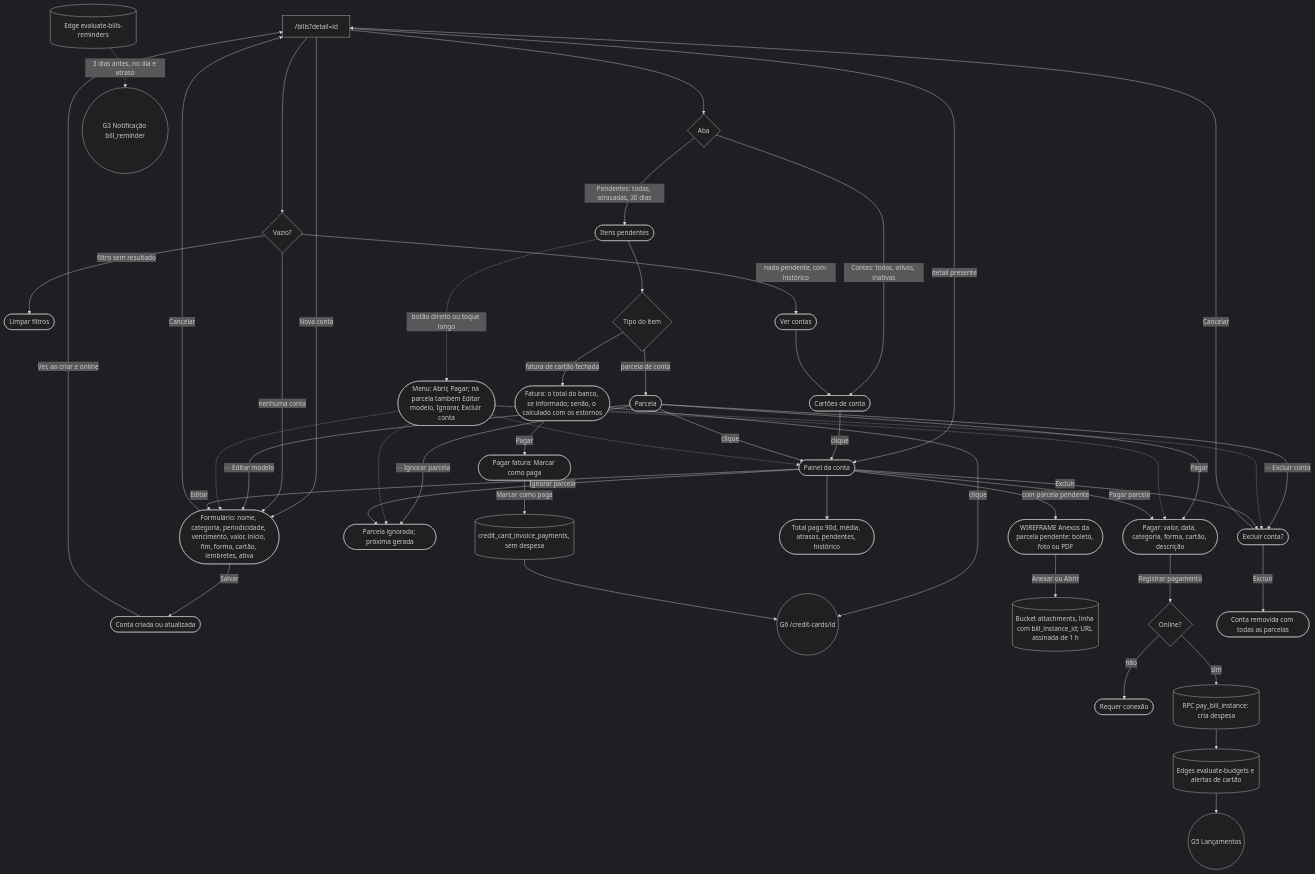
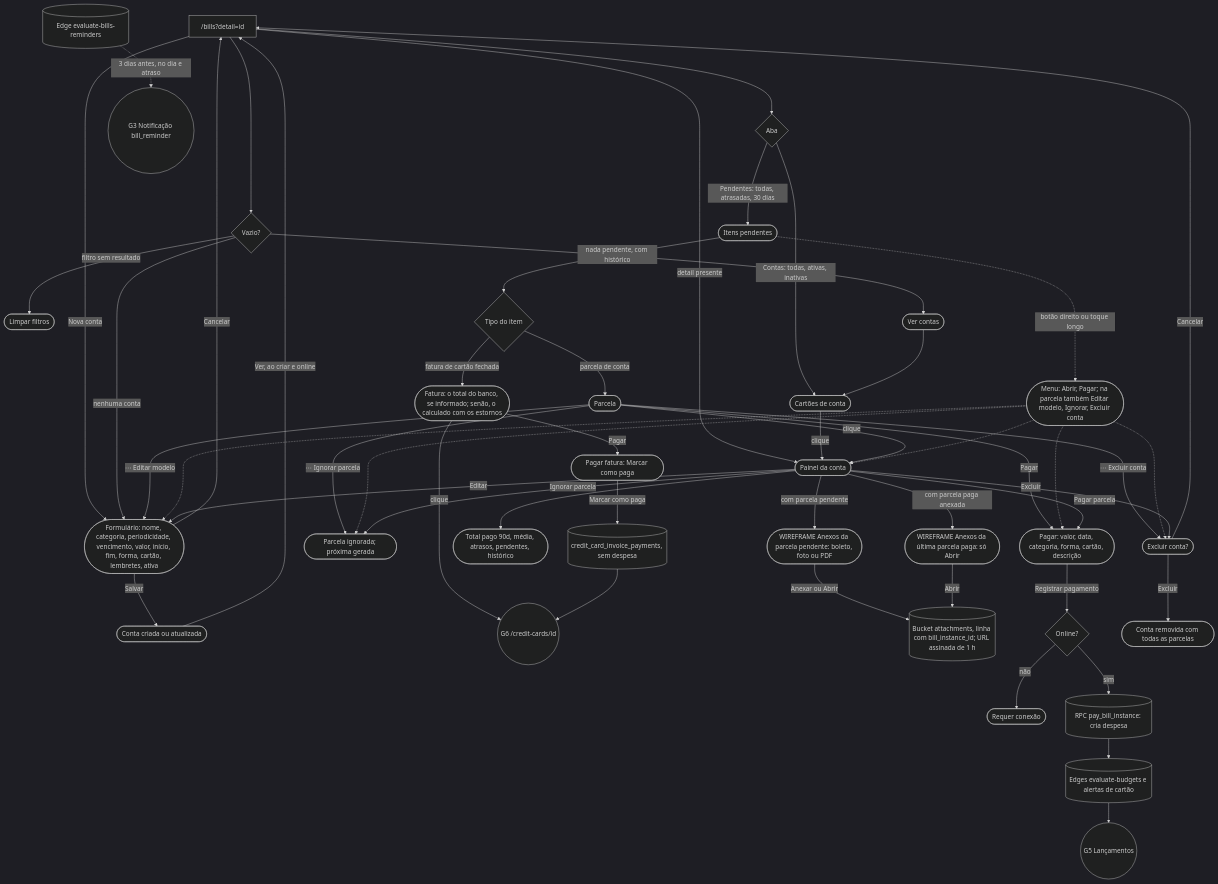
Before and after one commit to kauax2000/finance_app: diagram 11 of 14 in docs/JORNADAS.md, drawn with Mermaid. The commit also changed other lines of this file and 4 other files, not shown here.

````diff
--- a/docs/JORNADAS.md
+++ b/docs/JORNADAS.md
@@ -685,55 +685,57 @@
 ```mermaid
 %%{init: {"theme": "dark"}}%%
 flowchart TD
     bills["/bills?detail=id"] -->|"detail presente"| sheet(["Painel da conta"])
     bills --> tabs{"Aba"}
     tabs -->|"Contas: todas, ativas, inativas"| summary(["Cartões de conta"])
     tabs -->|"Pendentes: todas, atrasadas, 30 dias"| pending(["Itens pendentes"])
     bills -->|"Nova conta"| form(["Formulário: nome, categoria, periodicidade, vencimento, valor, início, fim, forma, cartão, lembretes, ativa"])
     form -->|"Salvar"| saved(["Conta criada ou atualizada"])
     saved -->|"Ver, ao criar e online"| bills
     form -->|"Cancelar"| bills
 
     bills --> empty{"Vazio?"}
     empty -->|"nenhuma conta"| form
     empty -->|"filtro sem resultado"| clear(["Limpar filtros"])
     empty -->|"nada pendente, com histórico"| goContas(["Ver contas"]) --> summary
 
     summary -->|"clique"| sheet
     pending --> kind{"Tipo do item"}
     kind -->|"parcela de conta"| regular(["Parcela"])
     kind -->|"fatura de cartão fechada"| virtual(["Fatura: o total do banco, se informado; senão, o calculado com os estornos"])
 
     regular -->|"clique"| sheet
     regular -->|"Pagar"| payRegular(["Pagar: valor, data, categoria, forma, cartão, descrição"])
     regular -->|"⋯ Editar modelo"| form
     regular -->|"⋯ Ignorar parcela"| skip(["Parcela ignorada; próxima gerada"])
     regular -->|"⋯ Excluir conta"| del(["Excluir conta?"])
 
     virtual -->|"clique"| G6(("G6 /credit-cards/id"))
     virtual -->|"Pagar"| payVirtual(["Pagar fatura: Marcar como paga"])
     pending -.->|"botão direito ou toque longo"| billMenu(["Menu: Abrir, Pagar; na parcela também Editar modelo, Ignorar, Excluir conta"])
     billMenu -.-> sheet
     billMenu -.-> payRegular
     billMenu -.-> form
     billMenu -.-> skip
     billMenu -.-> del
 
     sheet -->|"Pagar parcela"| payRegular
     sheet -->|"Editar"| form
     sheet -->|"Excluir"| del
     sheet -->|"Ignorar parcela"| skip
     sheet --> stats(["Total pago 90d, média, atrasos, pendentes, histórico"])
     sheet -->|"com parcela pendente"| billAttach(["WIREFRAME Anexos da parcela pendente: boleto, foto ou PDF"])
     billAttach -->|"Anexar ou Abrir"| billFiles[("Bucket attachments, linha com bill_instance_id; URL assinada de 1 h")]
+    sheet -->|"com parcela paga anexada"| billPaidAttach(["WIREFRAME Anexos da última parcela paga: só Abrir"])
+    billPaidAttach -->|"Abrir"| billFiles
 
     payRegular -->|"Registrar pagamento"| online{"Online?"}
     online -->|"não"| needNet(["Requer conexão"])
     online -->|"sim"| payRpc[("RPC pay_bill_instance: cria despesa")]
     payRpc --> alerts[("Edges evaluate-budgets e alertas de cartão")] --> G5(("G5 Lançamentos"))
     payVirtual -->|"Marcar como paga"| invPay[("credit_card_invoice_payments, sem despesa")] --> G6
     del -->|"Excluir"| removed(["Conta removida com todas as parcelas"])
     del -->|"Cancelar"| bills
 
     reminders[("Edge evaluate-bills-reminders")] -.->|"3 dias antes, no dia e atraso"| notif(("G3 Notificação bill_reminder"))
 ```
````
